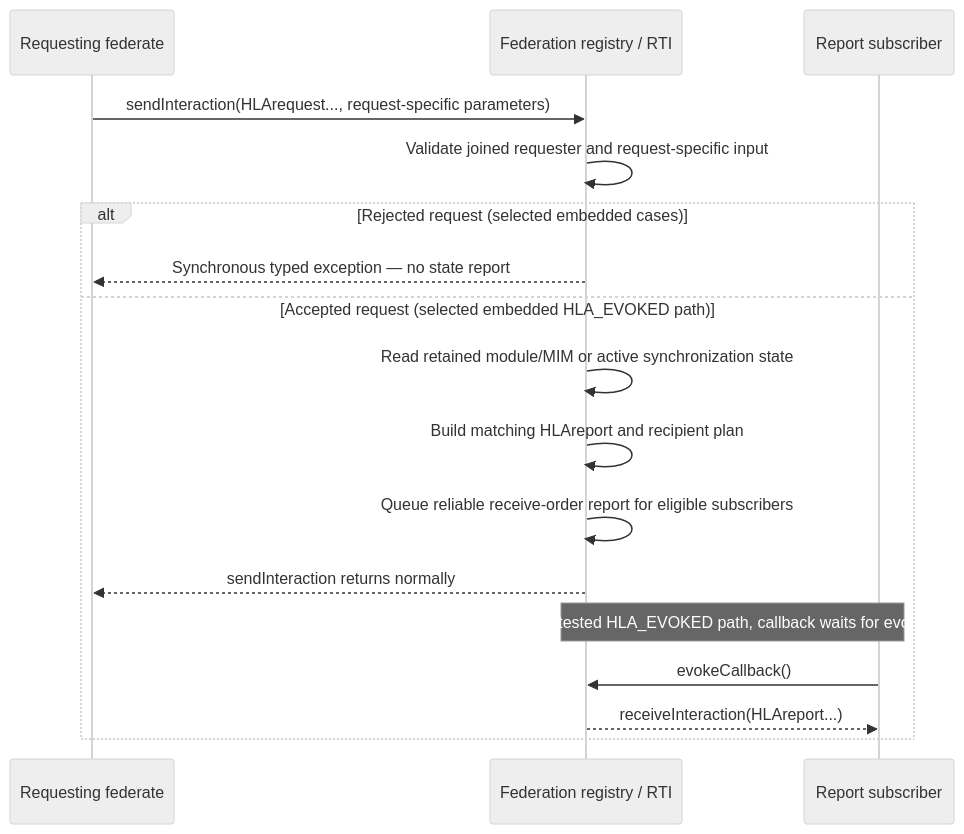
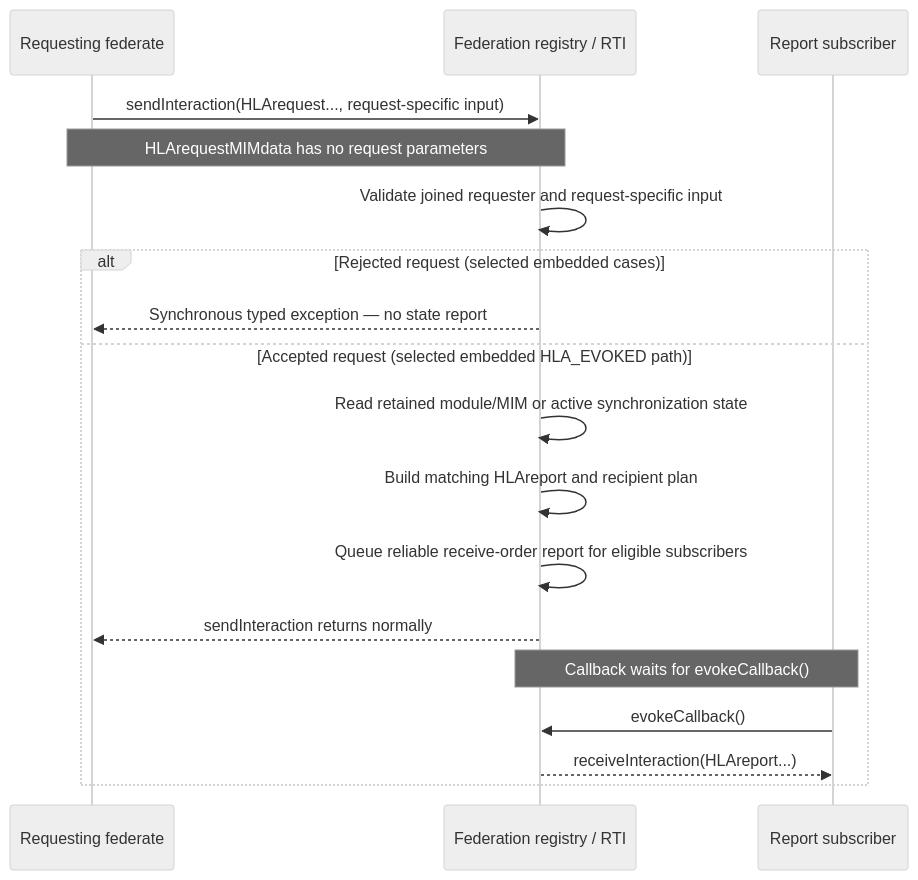
Diagram 15 of 16 in docs/design/HLA-2025-FEDERATION-MOM-FLOW-GUIDE.md (sheepfling/umbra), drawn with Mermaid (neutral theme) before and after one commit. The commit also changed other lines of this file and 668 other files, not shown here.

````diff
--- a/docs/design/HLA-2025-FEDERATION-MOM-FLOW-GUIDE.md
+++ b/docs/design/HLA-2025-FEDERATION-MOM-FLOW-GUIDE.md
@@ -699,20 +858,21 @@
 ```mermaid
 sequenceDiagram
   participant Requester as Requesting federate
   participant RTI as Federation registry / RTI
   participant Observer as Report subscriber
 
-  Requester->>RTI: sendInteraction(HLArequest..., request-specific parameters)
+  Requester->>RTI: sendInteraction(HLArequest..., request-specific input)
+  Note over Requester,RTI: HLArequestMIMdata has no request parameters
   RTI->>RTI: Validate joined requester and request-specific input
   alt Rejected request (selected embedded cases)
     RTI-->>Requester: Synchronous typed exception — no state report
   else Accepted request (selected embedded HLA_EVOKED path)
     RTI->>RTI: Read retained module/MIM or active synchronization state
     RTI->>RTI: Build matching HLAreport and recipient plan
     RTI->>RTI: Queue reliable receive-order report for eligible subscribers
     RTI-->>Requester: sendInteraction returns normally
-    Note over Observer,RTI: In the tested HLA_EVOKED path, callback waits for evocation
+    Note over Observer,RTI: Callback waits for evokeCallback()
     Observer->>RTI: evokeCallback()
     RTI-->>Observer: receiveInteraction(HLAreport...)
   end
 ```
````
